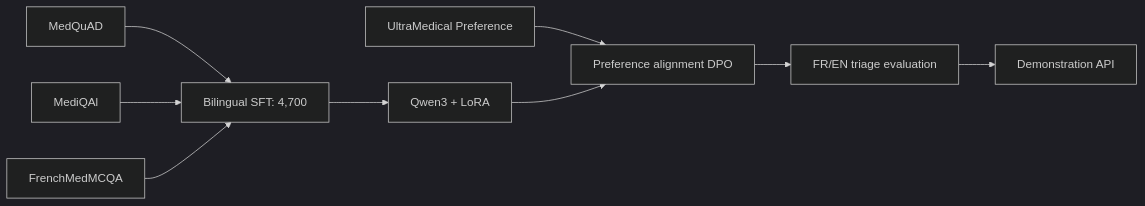
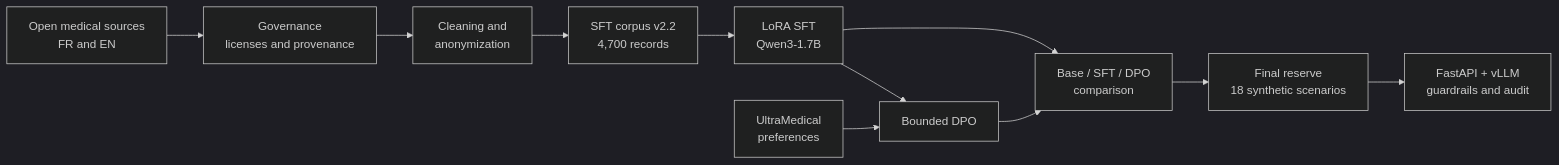
The first of 3 diagrams in README.md (ppluton/medical-triage-llm-poc), drawn with Mermaid (dark theme) before and after one commit. The commit also changed other lines of this file and 11 other files, not shown here.

````diff
--- a/README.md
+++ b/README.md
@@ -24,11 +38,13 @@
 ```mermaid
 flowchart LR
-  A[MedQuAD] --> D[Bilingual SFT: 4,700]
-  B[MediQAl] --> D
-  C[FrenchMedMCQA] --> D
-  D --> E[Qwen3 + LoRA]
-  U[UltraMedical Preference] --> F[Preference alignment DPO]
-  E --> F
-  F --> G[FR/EN triage evaluation]
-  G --> H[Demonstration API]
+    S[Open medical sources<br/>FR and EN] --> G[Governance<br/>licenses and provenance]
+    G --> A[Cleaning and<br/>anonymization]
+    A --> C[SFT corpus v2.2<br/>4,700 records]
+    C --> T[LoRA SFT<br/>Qwen3-1.7B]
+    P[UltraMedical<br/>preferences] --> D[Bounded DPO]
+    T --> D
+    T --> E[Base / SFT / DPO<br/>comparison]
+    D --> E
+    E --> R[Final reserve<br/>18 synthetic scenarios]
+    R --> API[FastAPI + vLLM<br/>guardrails and audit]
 ```
````
